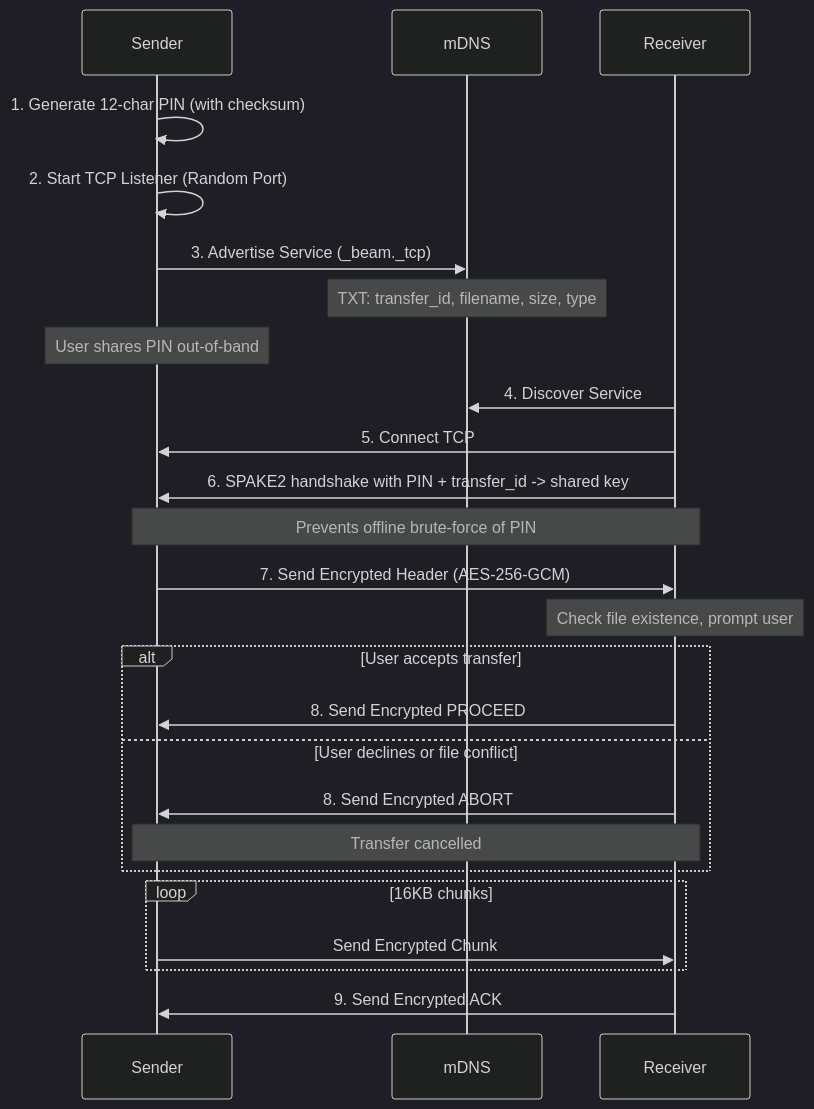
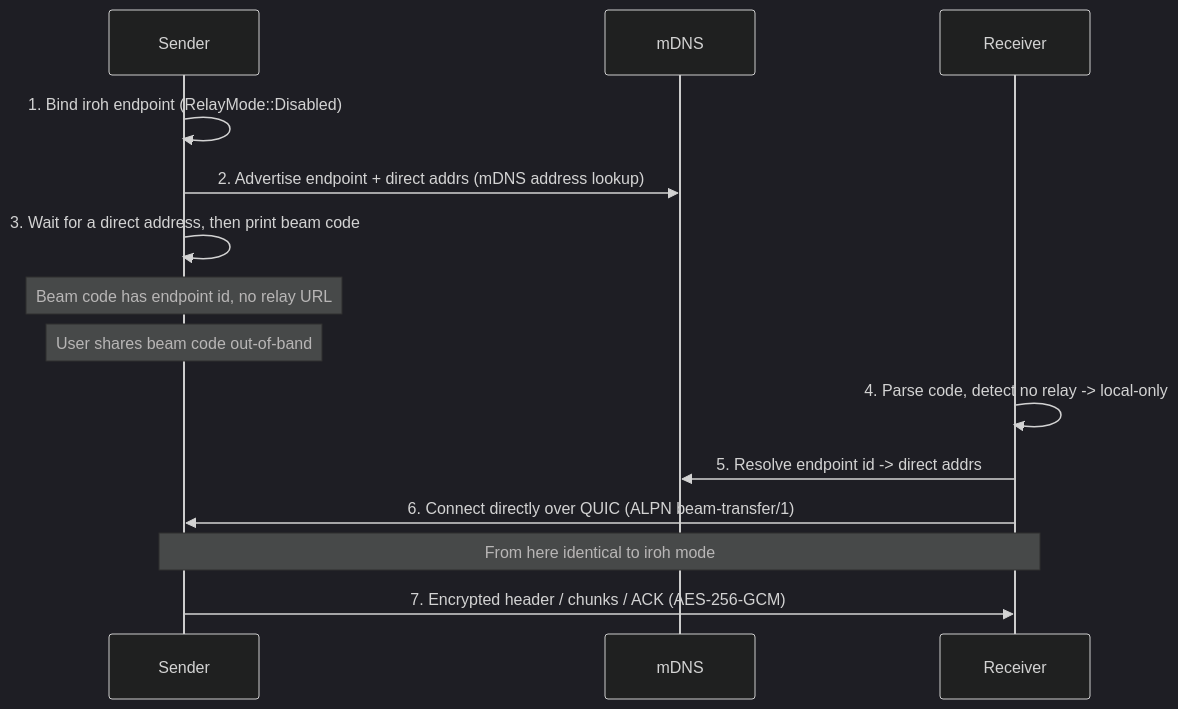
Before and after one commit to andrewtheguy/beam-rs-webrtc: the fourth of 4 diagrams in docs/ARCHITECTURE.md, drawn with Mermaid (dark theme). The commit also changed other lines of this file and 17 other files, not shown here.

Commit message:
iroh for local only mode

````diff
--- a/docs/ARCHITECTURE.md
+++ b/docs/ARCHITECTURE.md
@@ -158,35 +163,20 @@
 ```mermaid
 sequenceDiagram
     participant Sender
     participant mDNS
     participant Receiver
 
-    Sender->>Sender: 1. Generate 12-char PIN (with checksum)
-    Sender->>Sender: 2. Start TCP Listener (Random Port)
-    
-    Sender->>mDNS: 3. Advertise Service (_beam._tcp)
-    Note over mDNS: TXT: transfer_id, filename, size, type
+    Sender->>Sender: 1. Bind iroh endpoint (RelayMode::Disabled)
+    Sender->>mDNS: 2. Advertise endpoint + direct addrs (mDNS address lookup)
+    Sender->>Sender: 3. Wait for a direct address, then print beam code
+    Note over Sender: Beam code has endpoint id, no relay URL
 
-    Note over Sender: User shares PIN out-of-band
+    Note over Sender: User shares beam code out-of-band
 
-    Receiver->>mDNS: 4. Discover Service
-    Receiver->>Sender: 5. Connect TCP
-    Receiver->>Sender: 6. SPAKE2 handshake with PIN + transfer_id -> shared key
-    Note over Sender,Receiver: Prevents offline brute-force of PIN
+    Receiver->>Receiver: 4. Parse code, detect no relay -> local-only
+    Receiver->>mDNS: 5. Resolve endpoint id -> direct addrs
+    Receiver->>Sender: 6. Connect directly over QUIC (ALPN beam-transfer/1)
 
-    Sender->>Receiver: 7. Send Encrypted Header (AES-256-GCM)
-    Note over Receiver: Check file existence, prompt user
-
-    alt User accepts transfer
-        Receiver->>Sender: 8. Send Encrypted PROCEED
-    else User declines or file conflict
-        Receiver->>Sender: 8. Send Encrypted ABORT
-        Note over Sender,Receiver: Transfer cancelled
-    end
-
-    loop 16KB chunks
-        Sender->>Receiver: Send Encrypted Chunk
-    end
-
-    Receiver->>Sender: 9. Send Encrypted ACK
+    Note over Sender,Receiver: From here identical to iroh mode
+    Sender->>Receiver: 7. Encrypted header / chunks / ACK (AES-256-GCM)
 ```
````
